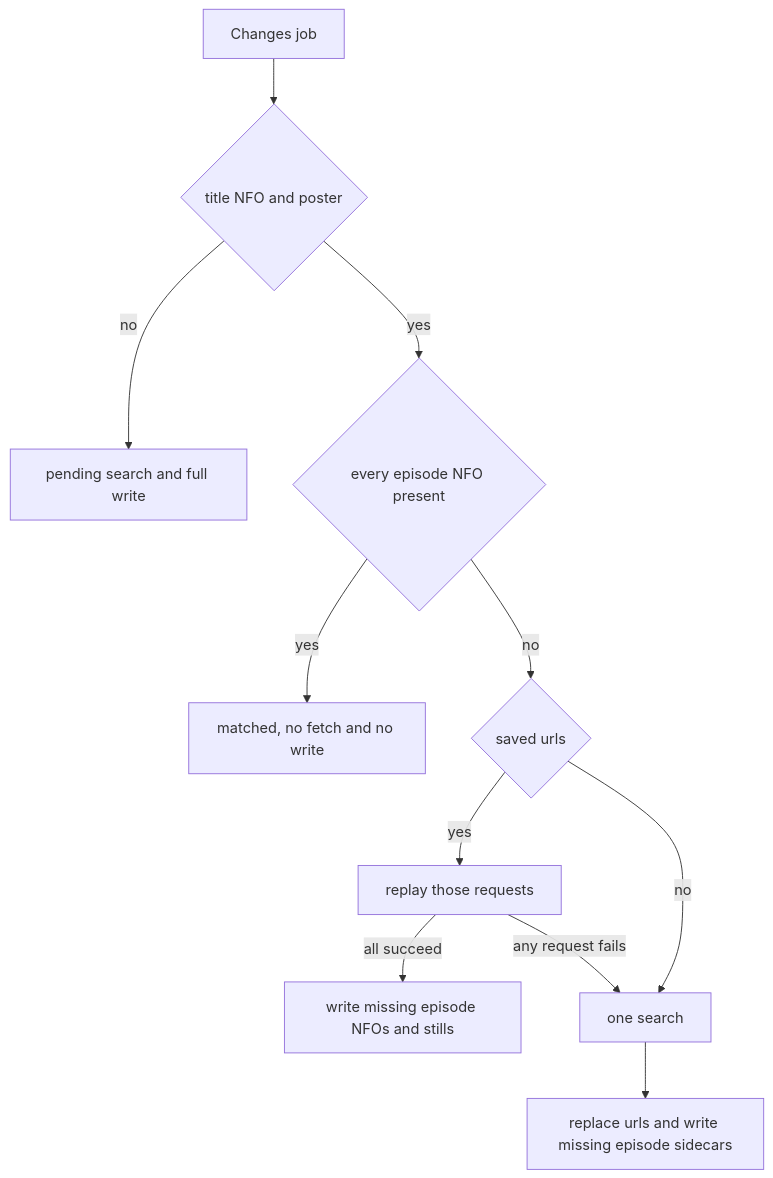
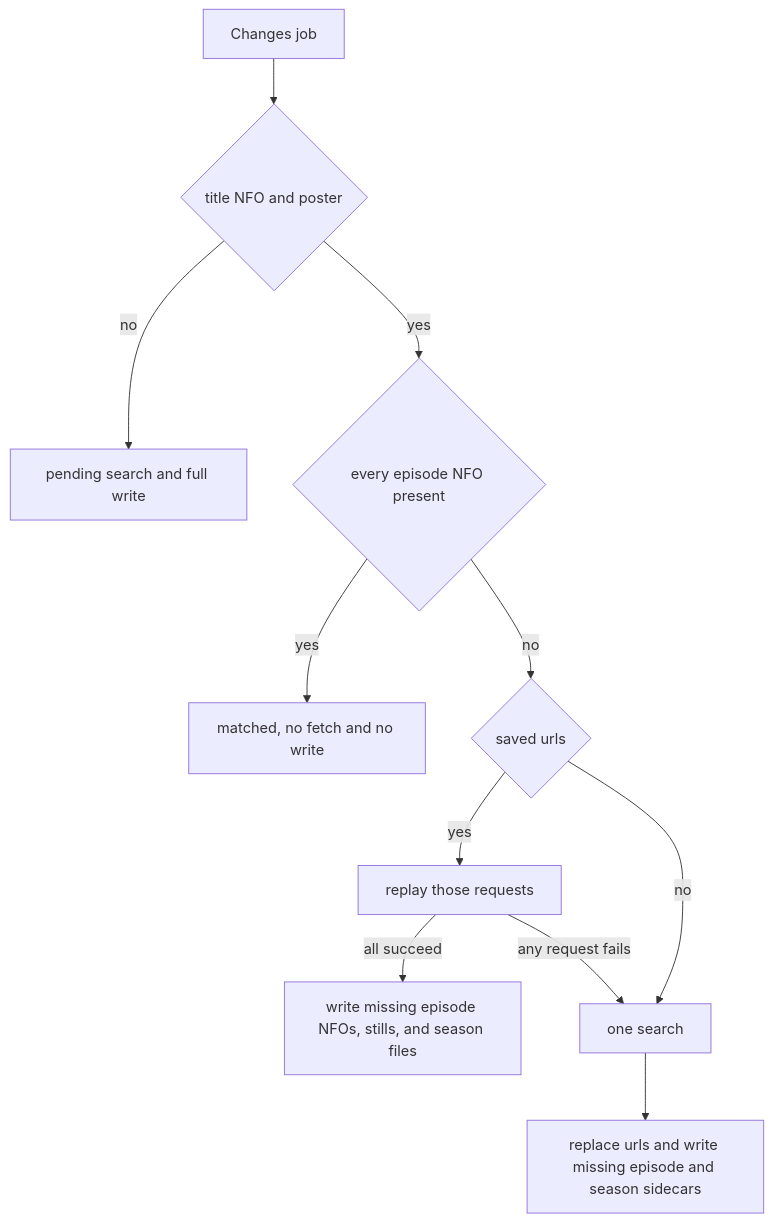
Before and after one commit to AlyShmahell/MatchMedia: the diagram in docs/manual.md, drawn with Mermaid. The commit also changed other lines of this file and 6 other files, not shown here.

Commit message:
Write now saves each season into the folder that already holds its episodes.

````diff
--- a/docs/manual.md
+++ b/docs/manual.md
@@ -62,14 +62,14 @@
 ```mermaid
 flowchart TD
   changes[Changes job]
   changes --> title{"title NFO and poster"}
   title -->|no| full["pending search and full write"]
   title -->|yes| episodes{"every episode NFO present"}
   episodes -->|yes| done["matched, no fetch and no write"]
   episodes -->|no| saved{"saved urls"}
   saved -->|yes| replay[replay those requests]
-  replay -->|"all succeed"| gaps["write missing episode NFOs and stills"]
+  replay -->|"all succeed"| gaps["write missing episode NFOs, stills, and season files"]
   replay -->|"any request fails"| search[one search]
   saved -->|no| search
-  search --> rewrite["replace urls and write missing episode sidecars"]
+  search --> rewrite["replace urls and write missing episode and season sidecars"]
 ```
````
